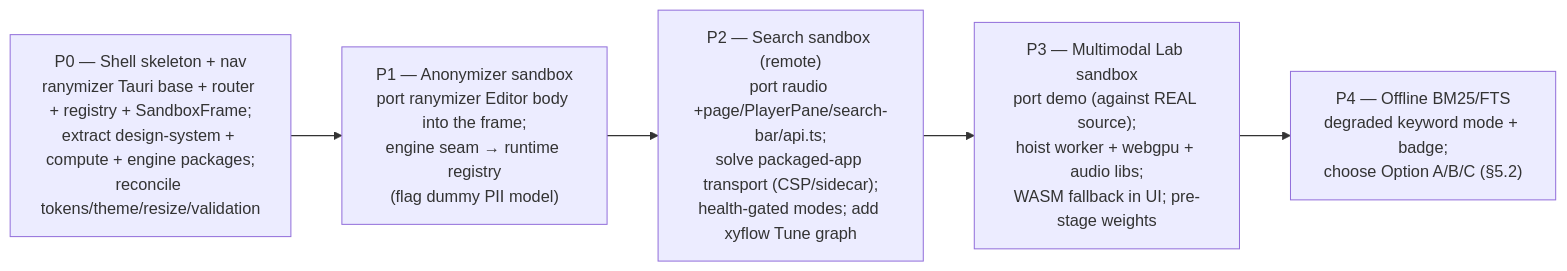
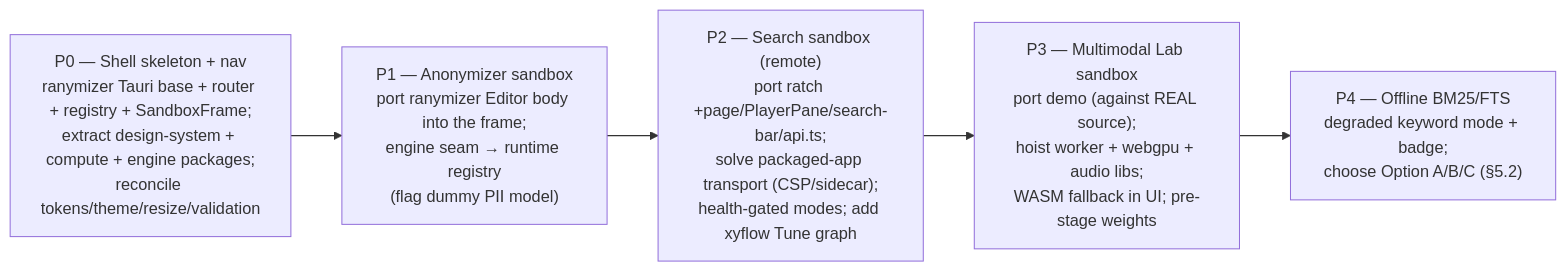
Before and after one commit to Borg93/lance-audio-demo: the fifth of 5 diagrams in docs/STUDIO_MERGE.md, drawn with Mermaid. The commit also changed other lines of this file and 191 other files, not shown here.

````diff
--- a/docs/STUDIO_MERGE.md
+++ b/docs/STUDIO_MERGE.md
@@ -382,10 +382,10 @@
 ```mermaid
 flowchart LR
     P0["P0 — Shell skeleton + nav<br/>ranymizer Tauri base + router + registry + SandboxFrame;<br/>extract design-system + compute + engine packages;<br/>reconcile tokens/theme/resize/validation"]
     P1["P1 — Anonymizer sandbox<br/>port ranymizer Editor body into the frame;<br/>engine seam → runtime registry<br/>(flag dummy PII model)"]
-    P2["P2 — Search sandbox (remote)<br/>port raudio +page/PlayerPane/search-bar/api.ts;<br/>solve packaged-app transport (CSP/sidecar);<br/>health-gated modes; add xyflow Tune graph"]
+    P2["P2 — Search sandbox (remote)<br/>port ratch +page/PlayerPane/search-bar/api.ts;<br/>solve packaged-app transport (CSP/sidecar);<br/>health-gated modes; add xyflow Tune graph"]
     P3["P3 — Multimodal Lab sandbox<br/>port demo (against REAL source);<br/>hoist worker + webgpu + audio libs;<br/>WASM fallback in UI; pre-stage weights"]
     P4["P4 — Offline BM25/FTS<br/>degraded keyword mode + badge;<br/>choose Option A/B/C (§5.2)"]
 
     P0 --> P1 --> P2 --> P3 --> P4
 ```
````
